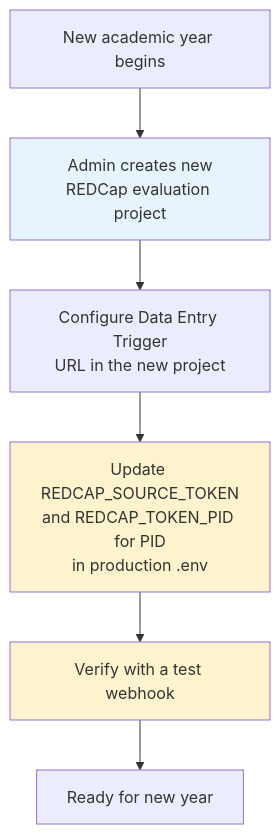
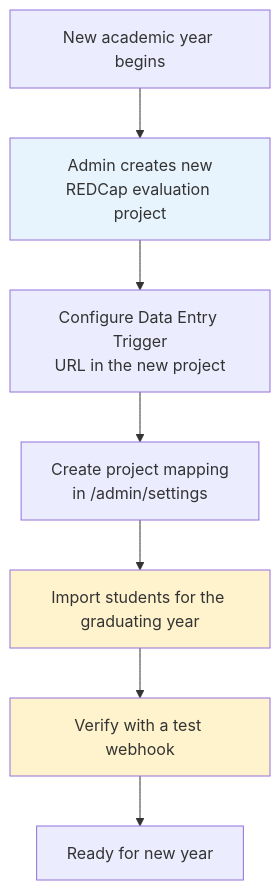
Before and after one commit to com-atg/OMM-SE: the second of 4 diagrams in Docs/redcap-integration.md, drawn with Mermaid. The commit also changed other lines of this file and 7 other files, not shown here.

````diff
--- a/Docs/redcap-integration.md
+++ b/Docs/redcap-integration.md
@@ -44,12 +44,13 @@
 ```mermaid
 flowchart TD
     A[New academic year begins] --> B[Admin creates new\nREDCap evaluation project]
     B --> C[Configure Data Entry Trigger\nURL in the new project]
-    C --> E[Update REDCAP_SOURCE_TOKEN\nand REDCAP_TOKEN_PID for PID\nin production .env]
+    C --> D[Create project mapping\nin /admin/settings]
+    D --> E[Import students for the graduating year]
     E --> F[Verify with a test webhook]
     F --> G[Ready for new year]
 
     style B fill:#e8f4fd
     style E fill:#fff3cd
     style F fill:#fff3cd
 ```
````
